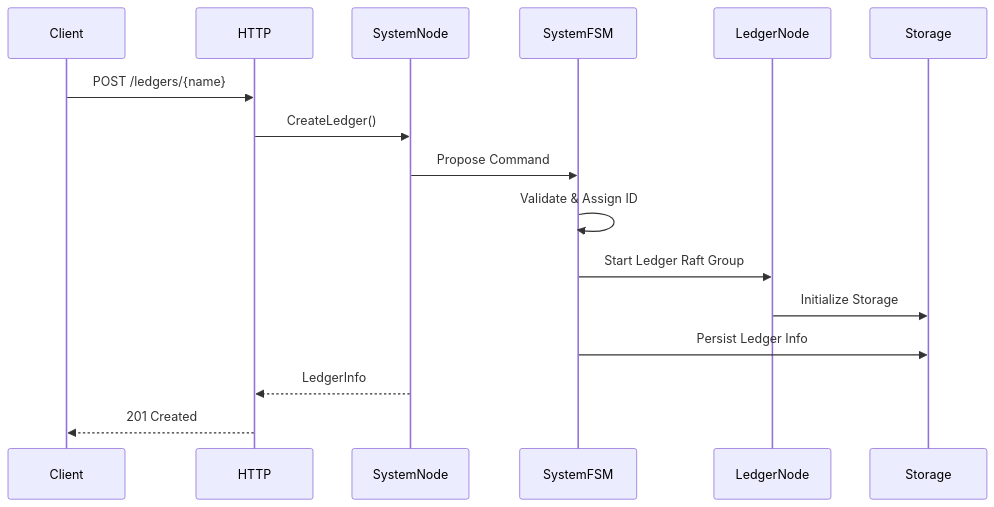
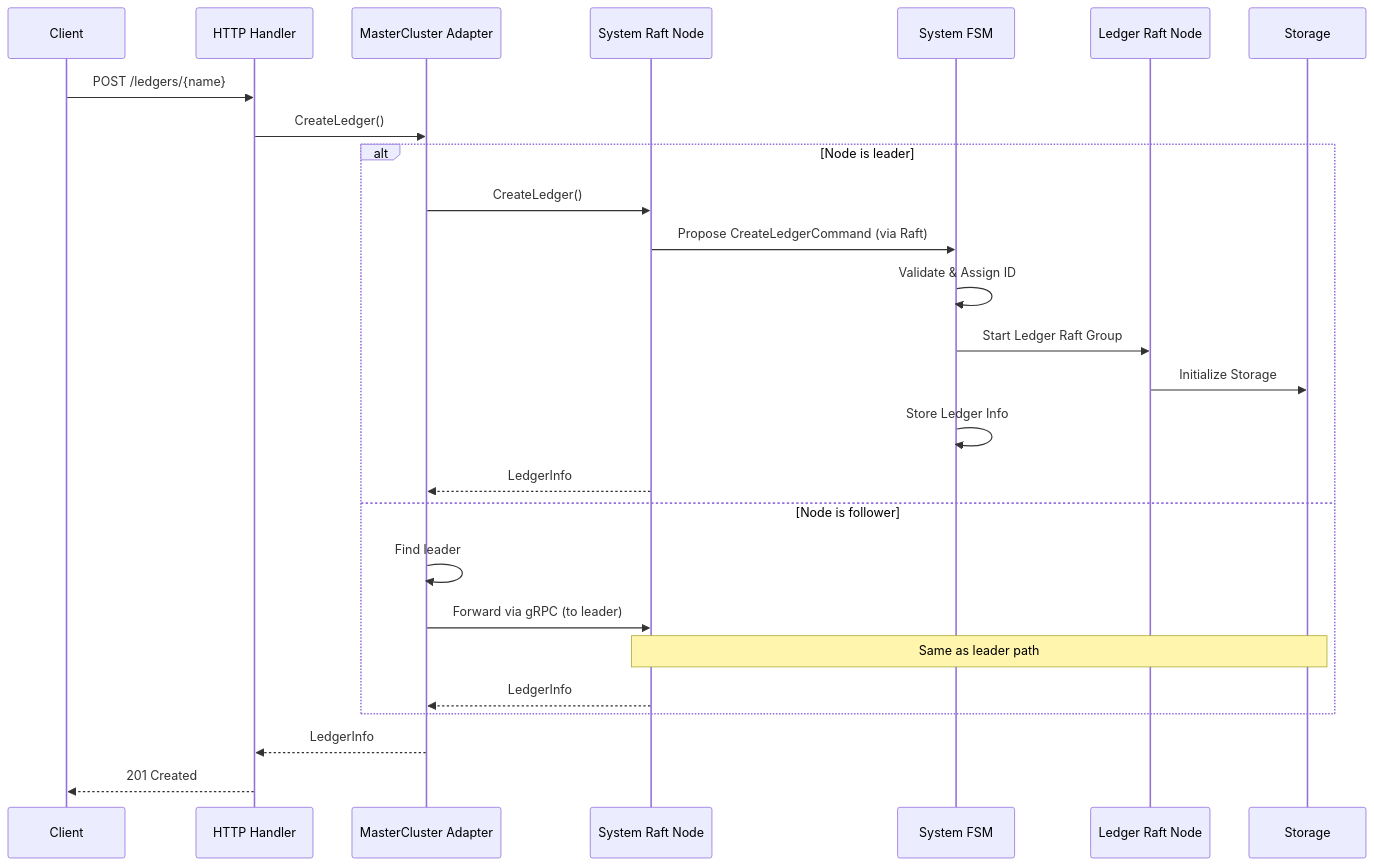
The fourth of 6 diagrams in docs/architecture.md (formancehq/ledger), drawn with Mermaid before and after one commit. The commit also changed other lines of this file and 11 other files, not shown here.

````diff
--- a/docs/architecture.md
+++ b/docs/architecture.md
@@ -162,19 +185,31 @@
 ```mermaid
 sequenceDiagram
     participant Client
-    participant HTTP
-    participant SystemNode
-    participant SystemFSM
-    participant LedgerNode
-    participant Storage
+    participant HTTP as HTTP Handler
+    participant MasterCluster as MasterCluster Adapter
+    participant SystemNode as System Raft Node
+    participant SystemFSM as System FSM
+    participant LedgerNode as Ledger Raft Node
+    participant Storage as Storage
     
     Client->>HTTP: POST /ledgers/{name}
-    HTTP->>SystemNode: CreateLedger()
-    SystemNode->>SystemFSM: Propose Command
-    SystemFSM->>SystemFSM: Validate & Assign ID
-    SystemFSM->>LedgerNode: Start Ledger Raft Group
-    LedgerNode->>Storage: Initialize Storage
-    SystemFSM->>Storage: Persist Ledger Info
-    SystemNode-->>HTTP: LedgerInfo
+    HTTP->>MasterCluster: CreateLedger()
+    
+    alt Node is leader
+        MasterCluster->>SystemNode: CreateLedger()
+        SystemNode->>SystemFSM: Propose CreateLedgerCommand (via Raft)
+        SystemFSM->>SystemFSM: Validate & Assign ID
+        SystemFSM->>LedgerNode: Start Ledger Raft Group
+        LedgerNode->>Storage: Initialize Storage
+        SystemFSM->>SystemFSM: Store Ledger Info
+        SystemNode-->>MasterCluster: LedgerInfo
+    else Node is follower
+        MasterCluster->>MasterCluster: Find leader
+        MasterCluster->>SystemNode: Forward via gRPC (to leader)
+        Note over SystemNode,Storage: Same as leader path
+        SystemNode-->>MasterCluster: LedgerInfo
+    end
+    
+    MasterCluster-->>HTTP: LedgerInfo
     HTTP-->>Client: 201 Created
 ```
````
